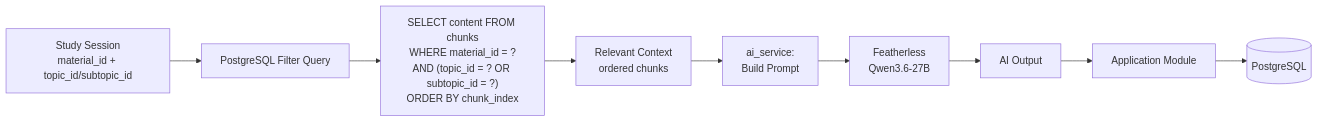
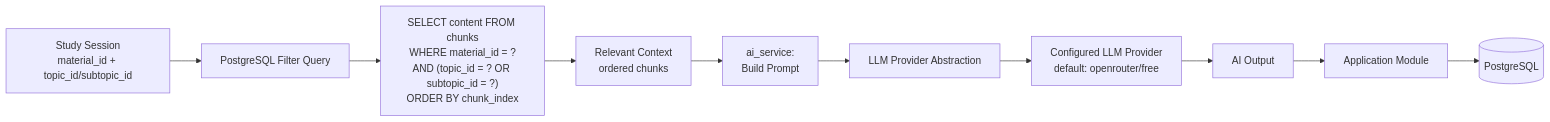
Before and after one commit to Divasatria100/studyback-personal-ai-teacher: the second of 3 diagrams in docs/06-ai-architecture.md, drawn with Mermaid. The commit also changed other lines of this file and 1 other file, not shown here.

````diff
--- a/docs/06-ai-architecture.md
+++ b/docs/06-ai-architecture.md
@@ -103,11 +116,12 @@
 ```mermaid
 flowchart LR
     SESS[Study Session<br/>material_id + topic_id/subtopic_id] --> FILTER[PostgreSQL Filter Query]
     FILTER --> Q["SELECT content FROM chunks<br/>WHERE material_id = ?<br/>AND (topic_id = ? OR subtopic_id = ?)<br/>ORDER BY chunk_index"]
     Q --> CTX[Relevant Context<br/>ordered chunks]
     CTX --> AISVC[ai_service:<br/>Build Prompt]
-    AISVC --> LLM[Featherless<br/>Qwen3.6-27B]
-    LLM --> OUT[AI Output]
+    AISVC --> ABS[LLM Provider Abstraction]
+    ABS --> PROV[Configured LLM Provider<br/>default: openrouter/free]
+    PROV --> OUT[AI Output]
     OUT --> MOD[Application Module]
     MOD --> DB[(PostgreSQL)]
 ```
````
